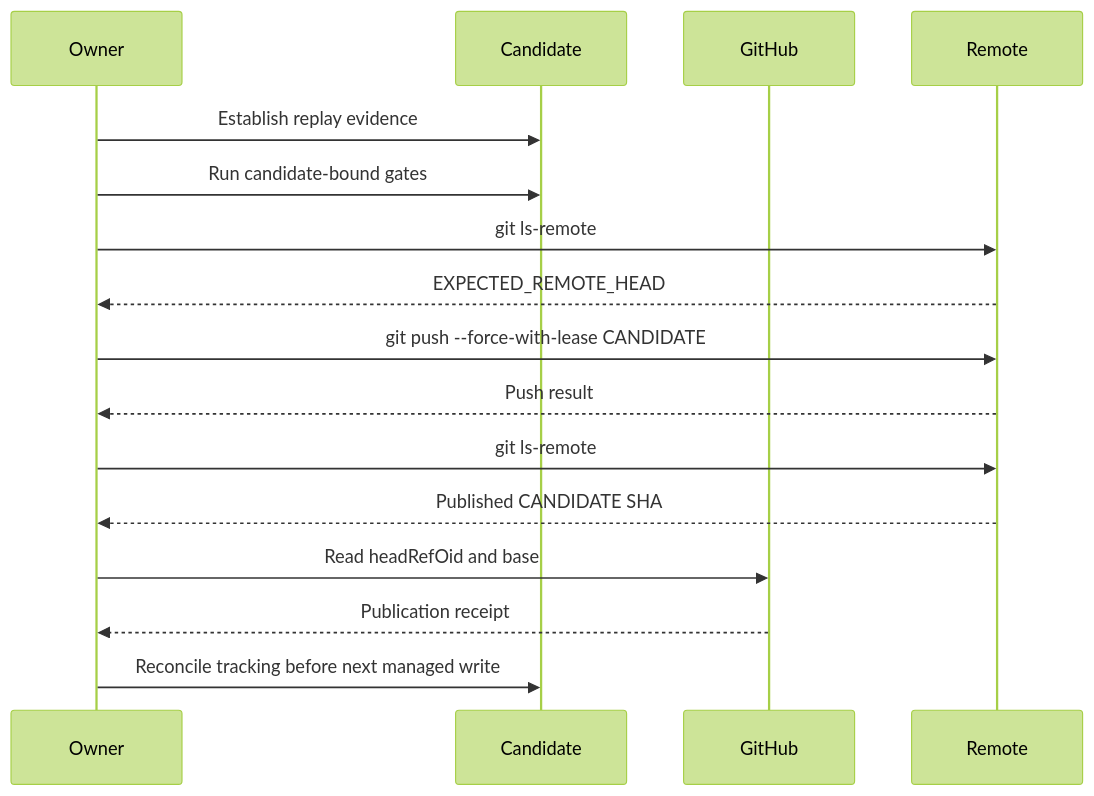
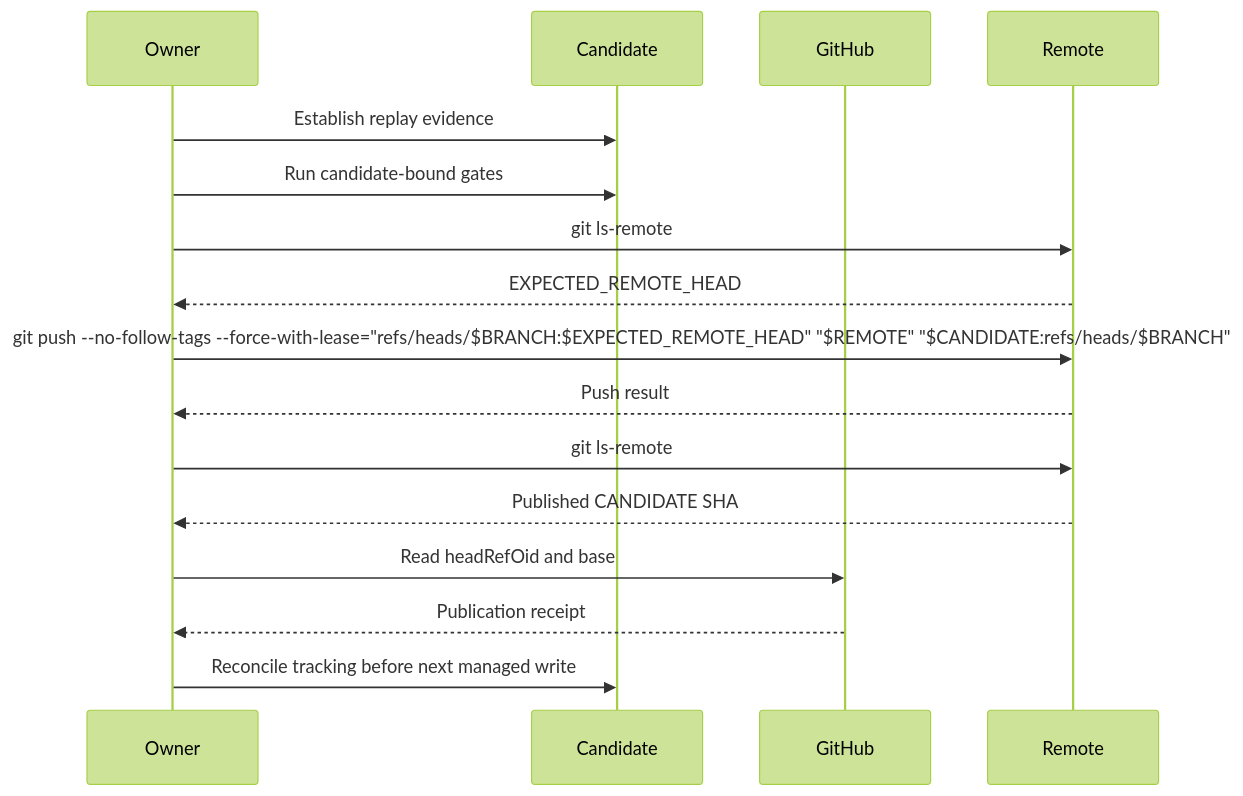
One commit to leynos/agent-helper-scripts changed the first of 3 diagrams in docs/users-guide.md. Above: the diagram before and after it, drawn with Mermaid (forest theme). The commit also changed 5 other files, not shown here.

````diff
--- a/docs/users-guide.md
+++ b/docs/users-guide.md
@@ -291,19 +291,19 @@
 ```mermaid
 sequenceDiagram
     participant Owner
     participant Candidate
     participant GitHub
     participant Remote
 
     Owner->>Candidate: Establish replay evidence
     Owner->>Candidate: Run candidate-bound gates
     Owner->>Remote: git ls-remote
     Remote-->>Owner: EXPECTED_REMOTE_HEAD
-    Owner->>Remote: git push --force-with-lease CANDIDATE
+    Owner->>Remote: git push --no-follow-tags --force-with-lease="refs/heads/$BRANCH:$EXPECTED_REMOTE_HEAD" "$REMOTE" "$CANDIDATE:refs/heads/$BRANCH"
     Remote-->>Owner: Push result
     Owner->>Remote: git ls-remote
     Remote-->>Owner: Published CANDIDATE SHA
     Owner->>GitHub: Read headRefOid and base
     GitHub-->>Owner: Publication receipt
     Owner->>Candidate: Reconcile tracking before next managed write
 ```
````
